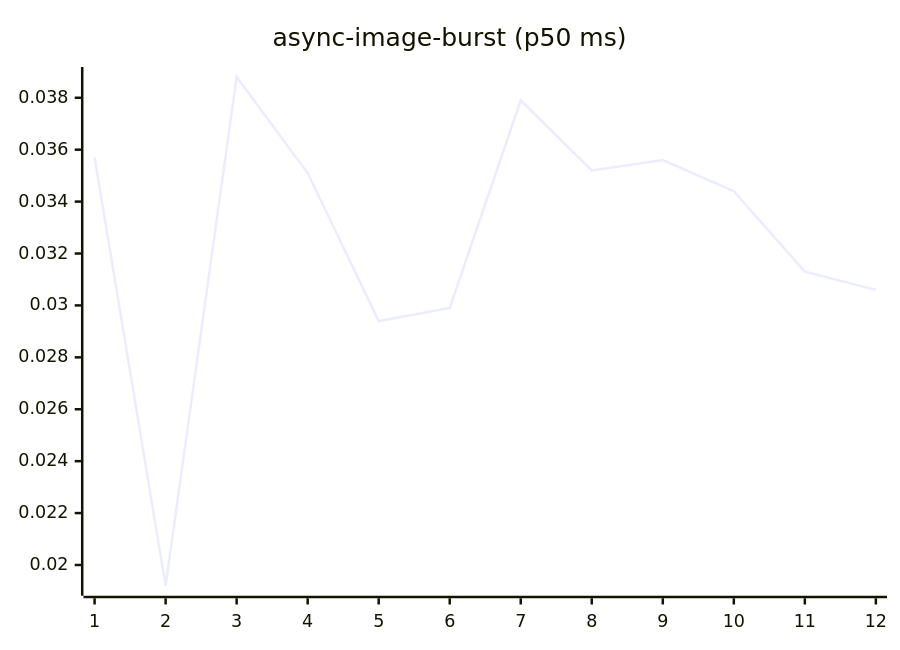
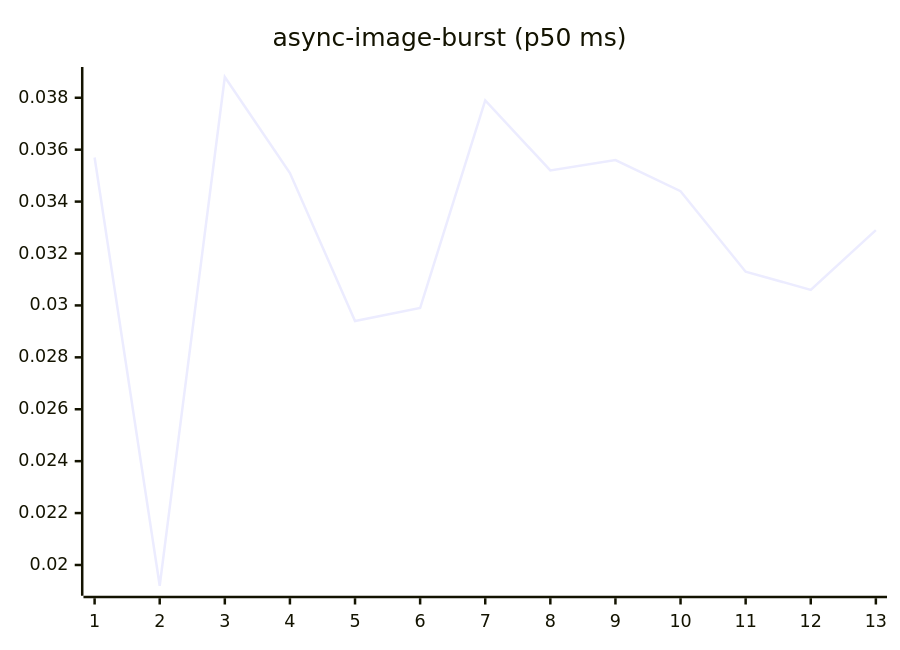
One commit to josha/Facet changed the fourth of 27 diagrams in README.md. Above: the diagram before and after it, drawn with Mermaid. The commit also changed other lines of this file and 2 other files, not shown here.

````diff
--- a/README.md
+++ b/README.md
@@ -84,6 +84,6 @@
 ```mermaid
 xychart-beta
     title "async-image-burst (p50 ms)"
-    x-axis 1 --> 12
-    line [0.0357, 0.0192, 0.0388, 0.0351, 0.0294, 0.0299, 0.0379, 0.0352, 0.0356, 0.0344, 0.0313, 0.0306]
+    x-axis 1 --> 13
+    line [0.0357, 0.0192, 0.0388, 0.0351, 0.0294, 0.0299, 0.0379, 0.0352, 0.0356, 0.0344, 0.0313, 0.0306, 0.0329]
 ```
````
